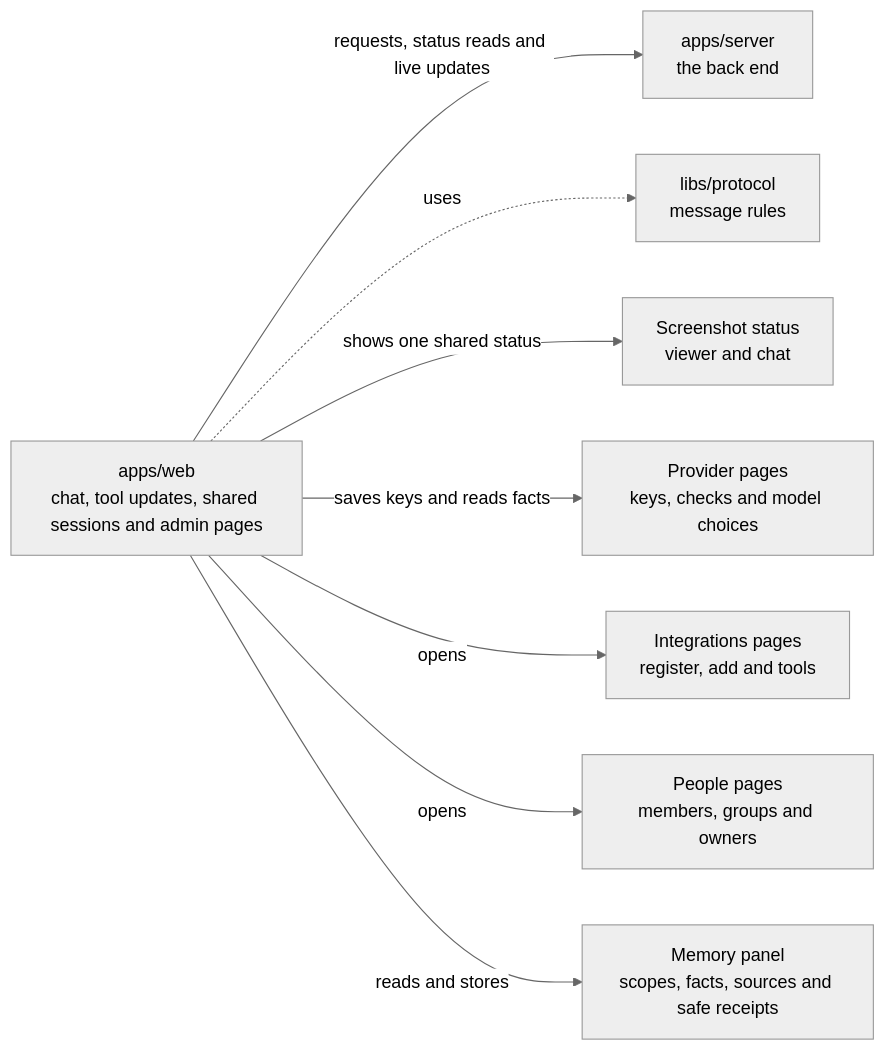
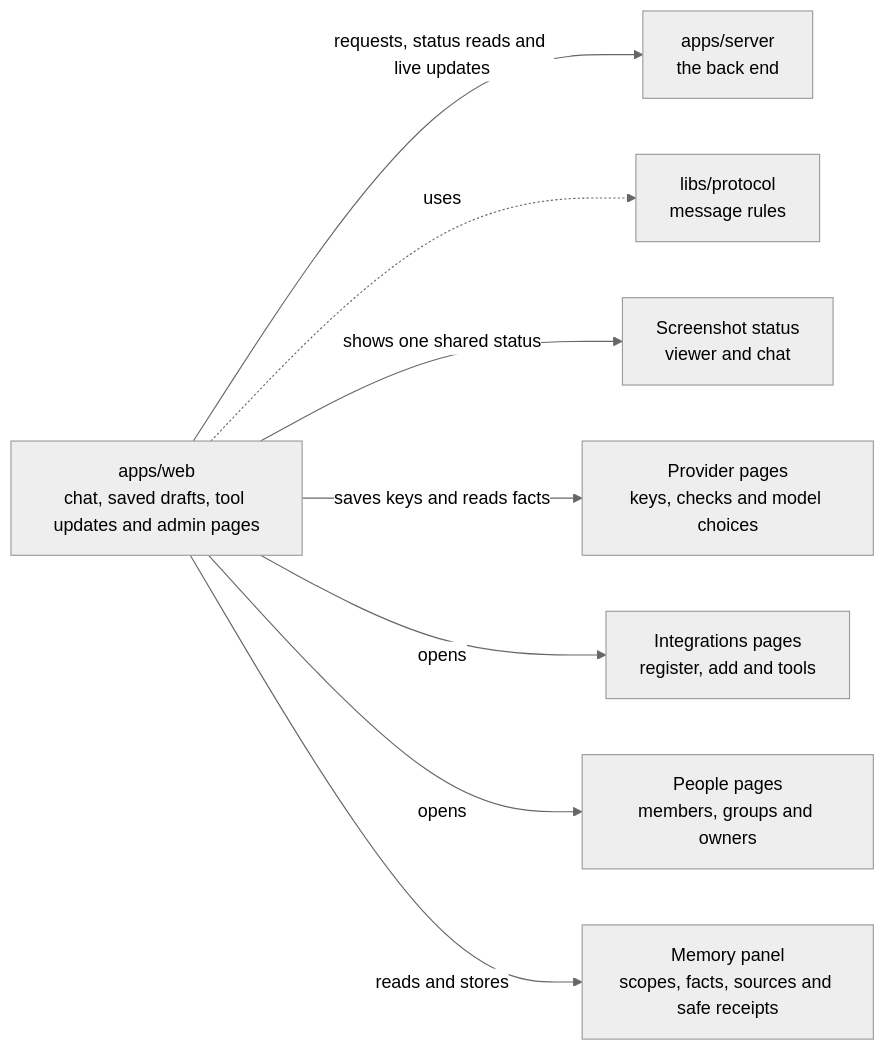
The diagram in apps/web/README.md (elewa-git/opencrane-new), drawn with Mermaid (neutral theme) before and after one commit. The commit also changed other lines of this file and 1 other file, not shown here.

Commit message:
📝 Explain chat draft and access behaviour

````diff
--- a/apps/web/README.md
+++ b/apps/web/README.md
@@ -11,10 +11,10 @@
 ```mermaid
 flowchart LR
-  web["apps/web<br/>chat, tool updates, shared sessions and admin pages"] -->|requests, status reads and live updates| server["apps/server<br/>the back end"]
+  web["apps/web<br/>chat, saved drafts, tool updates and admin pages"] -->|requests, status reads and live updates| server["apps/server<br/>the back end"]
   web -.->|uses| protocol["libs/protocol<br/>message rules"]
   web -->|shows one shared status| capture["Screenshot status<br/>viewer and chat"]
   web -->|saves keys and reads facts| providers["Provider pages<br/>keys, checks and model choices"]
   web -->|opens| integrations["Integrations pages<br/>register, add and tools"]
   web -->|opens| people["People pages<br/>members, groups and owners"]
   web -->|reads and stores| memory["Memory panel<br/>scopes, facts, sources and safe receipts"]
 ```
````
